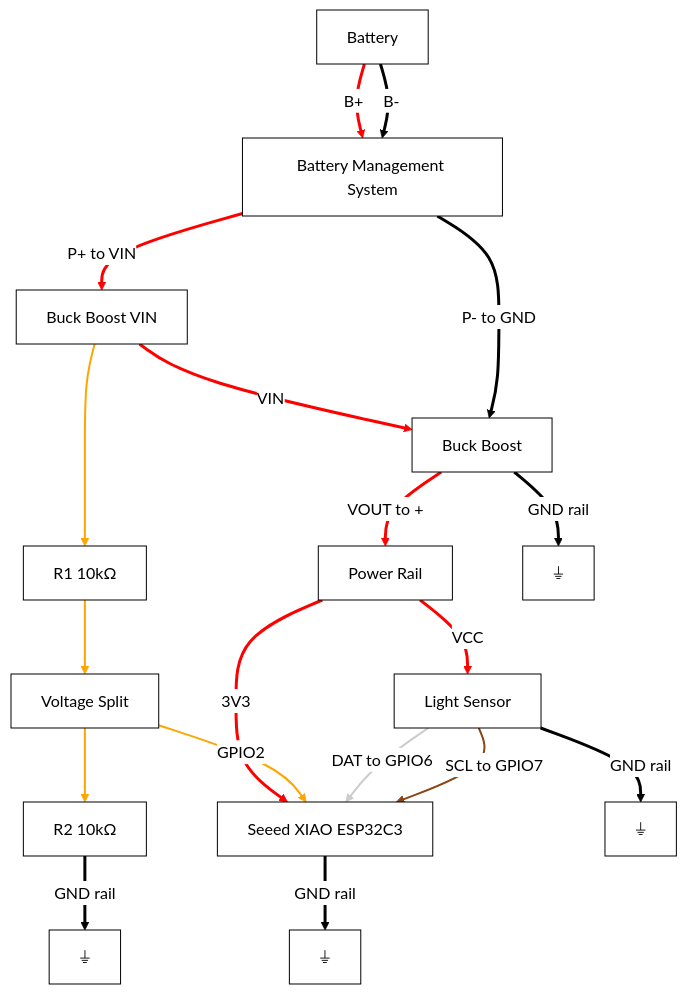
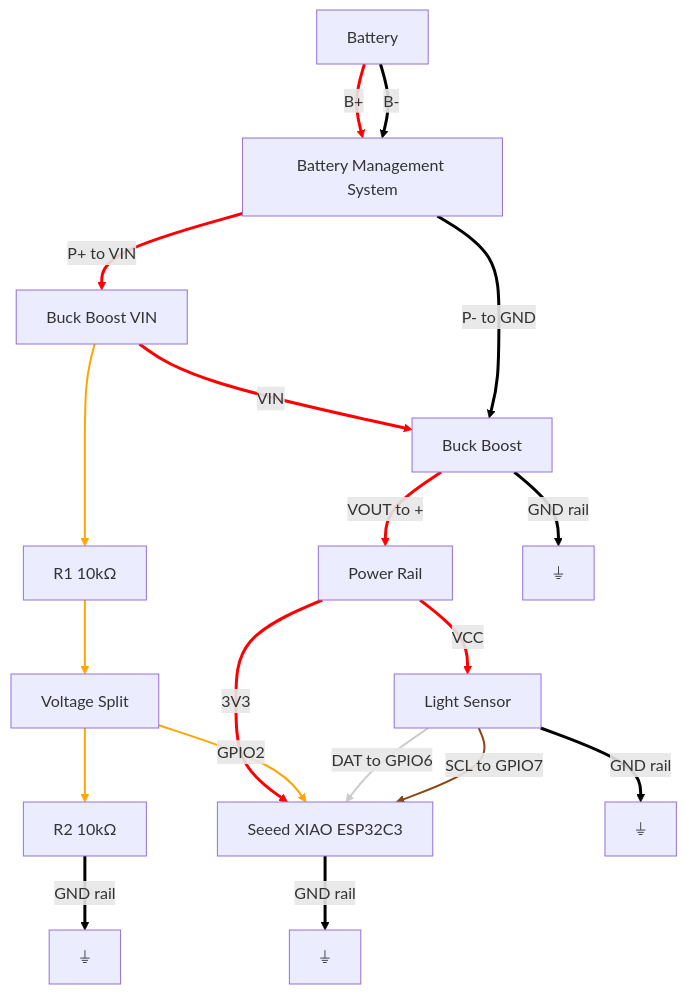
One commit to kden/kden.github.io changed the first of 3 diagrams in sunlight-sensor/SensorHardwareV3.md. Above: the diagram before and after it, drawn with Mermaid. The commit also changed other lines of this file and 1 other file, not shown here.

````diff
--- a/sunlight-sensor/SensorHardwareV3.md
+++ b/sunlight-sensor/SensorHardwareV3.md
@@ -7,70 +7,69 @@
 ```mermaid
-%%{init: {'theme':'base', 'themeVariables': {'background':'#ffffff', 'primaryColor':'#ffffff', 'primaryTextColor':'#000000', 'primaryBorderColor':'#000000', 'lineColor':'#000000', 'arrowheadColor':'#000000', 'edgeLabelBackground':'#ffffff', 'clusterBkg':'#ffffff', 'defaultLinkColor':'#000000'}}}%%
 flowchart TD
     bat[Battery]
     bms[Battery Management System]
     bbvin[Buck Boost VIN]
     bb[Buck Boost]
     pwr[Power Rail]
     esp32[Seeed XIAO ESP32C3]
     ls[Light Sensor]
     vsplit[Voltage Split]
     r1[R1 10kΩ]
     r2[R2 10kΩ]
     gnd1[⏚]
     gnd2[⏚]
     gnd3[⏚]
     gnd4[⏚]
 
     %% Battery connections
     bat -->|B+| bms
     bat -->|B-| bms
     
     %% BMS to Buck Boost
     bms -->|P+ to VIN| bbvin
     bbvin -->|VIN| bb
     bms -->|P- to GND| bb
     
     %% Buck Boost output
     bb -->|VOUT to +| pwr
     
     %% Power distribution
     pwr -->|3V3| esp32
     pwr -->|VCC| ls
     
     %% ESP32 connections
     vsplit -->|GPIO2| esp32
     ls -->|DAT to GPIO6| esp32
     ls -->|SCL to GPIO7| esp32
     
     %% Voltage divider
     r1 --> vsplit
     vsplit --> r2
     bbvin --> r1
     
     %% Ground connections
     bb -->|GND rail| gnd1
     esp32 -->|GND rail| gnd2
     ls -->|GND rail| gnd3
     r2 -->|GND rail| gnd4
 
     %% Styling for different connection types
     linkStyle 0 stroke:#ff0000,stroke-width:3px
     linkStyle 1 stroke:#000000,stroke-width:3px
     linkStyle 2 stroke:#ff0000,stroke-width:3px
     linkStyle 3 stroke:#ff0000,stroke-width:3px
     linkStyle 4 stroke:#000000,stroke-width:3px
     linkStyle 5 stroke:#ff0000,stroke-width:3px
     linkStyle 6 stroke:#ff0000,stroke-width:3px
     linkStyle 7 stroke:#ff0000,stroke-width:3px
     linkStyle 8 stroke:#ffa500,stroke-width:2px
     linkStyle 9 stroke:#cccccc,stroke-width:2px
     linkStyle 10 stroke:#8b4513,stroke-width:2px
     linkStyle 11 stroke:#ffa500,stroke-width:2px
     linkStyle 12 stroke:#ffa500,stroke-width:2px
     linkStyle 13 stroke:#ffa500,stroke-width:2px
     linkStyle 14 stroke:#000000,stroke-width:3px
     linkStyle 15 stroke:#000000,stroke-width:3px
     linkStyle 16 stroke:#000000,stroke-width:3px
     linkStyle 17 stroke:#000000,stroke-width:3px
 ```
````
